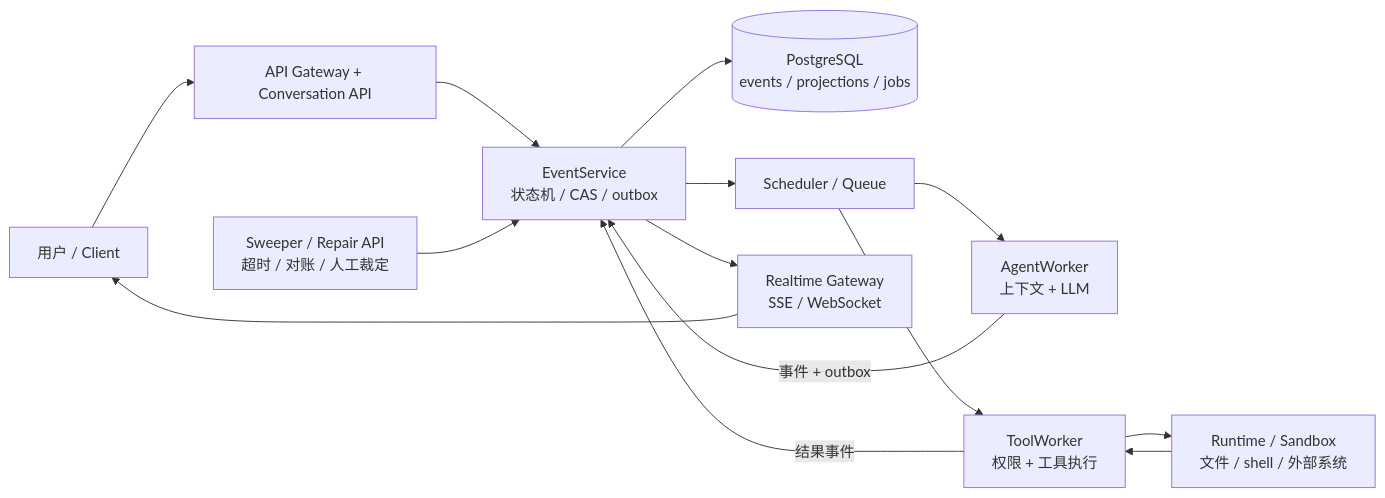
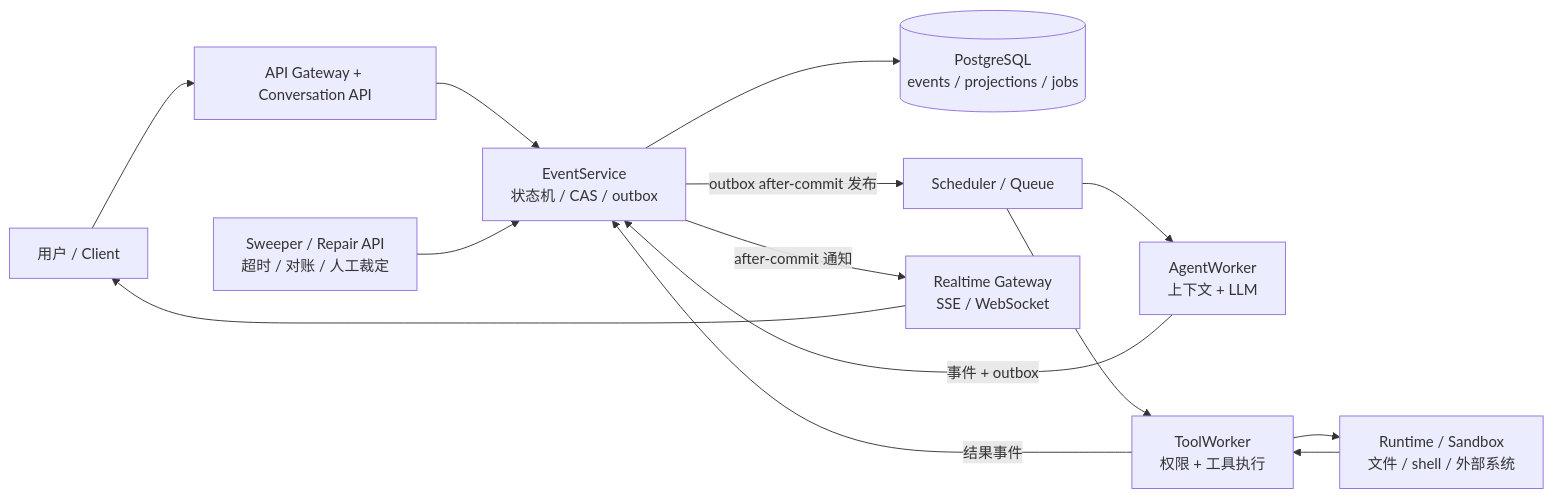
The first of 4 diagrams in docs/end-to-end-flow.md (erweixin/langshift.dev), drawn with Mermaid before and after one commit. The commit also changed other lines of this file and 5 other files, not shown here.

Commit message:
Remove the agent execution kernel documentation file and update references in related documents to reflect the changes in the architecture and execution model. Adjust the structure of the documentation to enhance clarity on the execution kernel and handler boundaries.

````diff
--- a/docs/end-to-end-flow.md
+++ b/docs/end-to-end-flow.md
@@ -24,23 +24,23 @@
 ```mermaid
 flowchart LR
   User["用户 / Client"]
   API["API Gateway + Conversation API"]
   ES["EventService<br/>状态机 / CAS / outbox"]
   DB[("PostgreSQL<br/>events / projections / jobs")]
   Queue["Scheduler / Queue"]
   Agent["AgentWorker<br/>上下文 + LLM"]
   Tool["ToolWorker<br/>权限 + 工具执行"]
   Runtime["Runtime / Sandbox<br/>文件 / shell / 外部系统"]
   RT["Realtime Gateway<br/>SSE / WebSocket"]
   Sweep["Sweeper / Repair API<br/>超时 / 对账 / 人工裁定"]
 
   User --> API --> ES --> DB
-  ES --> Queue
+  ES -->|"outbox after-commit 发布"| Queue
   Queue --> Agent
   Agent -->|"事件 + outbox"| ES
   Queue --> Tool
   Tool --> Runtime --> Tool
   Tool -->|"结果事件"| ES
-  ES --> RT --> User
+  ES -->|"after-commit 通知"| RT --> User
   Sweep --> ES
 ```
````
